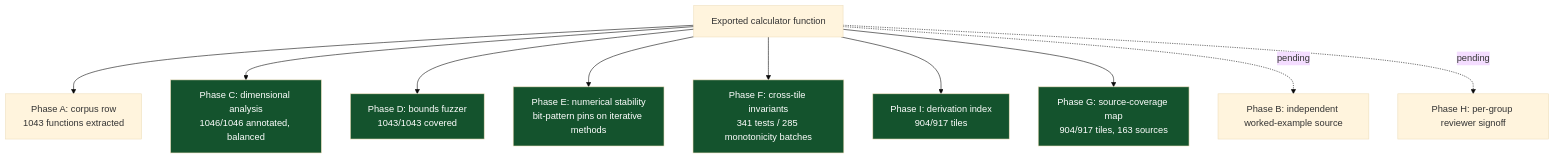
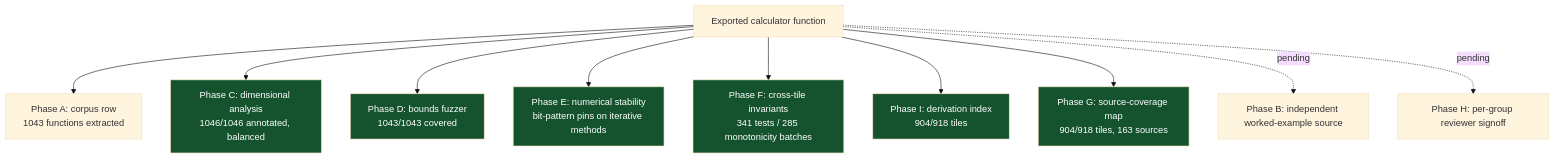
One commit to clay-good/roughlogic.com changed the sixth of 8 diagrams in README.md. Above: the diagram before and after it, drawn with Mermaid (base theme). The commit also changed other lines of this file and 19 other files, not shown here.

````diff
--- a/README.md
+++ b/README.md
@@ -519,18 +519,18 @@
 ```mermaid
 flowchart TB
     F[Exported calculator function] --> A[Phase A: corpus row\n1043 functions extracted]
     F --> C[Phase C: dimensional analysis\n1046/1046 annotated, balanced]
     F --> D[Phase D: bounds fuzzer\n1043/1043 covered]
     F --> E[Phase E: numerical stability\nbit-pattern pins on iterative methods]
     F --> Fa[Phase F: cross-tile invariants\n341 tests / 285 monotonicity batches]
-    F --> I[Phase I: derivation index\n904/917 tiles]
-    F --> G[Phase G: source-coverage map\n904/917 tiles, 163 sources]
+    F --> I[Phase I: derivation index\n904/918 tiles]
+    F --> G[Phase G: source-coverage map\n904/918 tiles, 163 sources]
     F -.pending.-> B[Phase B: independent worked-example source]
     F -.pending.-> H[Phase H: per-group reviewer signoff]
     style C fill:#14532d,color:#fff
     style D fill:#14532d,color:#fff
     style E fill:#14532d,color:#fff
     style Fa fill:#14532d,color:#fff
     style G fill:#14532d,color:#fff
     style I fill:#14532d,color:#fff
 ```
````
